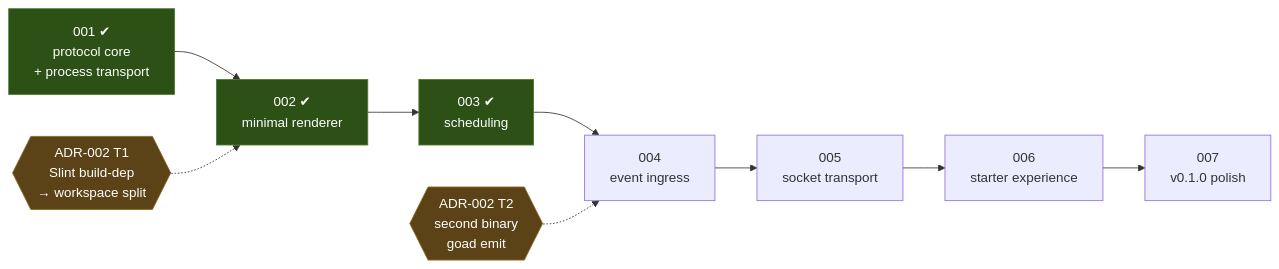
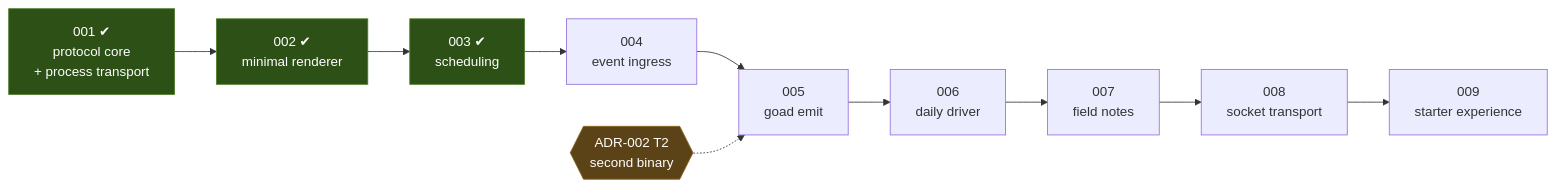
Before and after one commit to davidlee/goad: the diagram in docs/roadmap.md, drawn with Mermaid. The commit also changed other lines of this file and 9 other files, not shown here.

````diff
--- a/docs/roadmap.md
+++ b/docs/roadmap.md
@@ -33,22 +49,22 @@
 ```mermaid
 graph LR
   S1["001 ✔<br/>protocol core<br/>+ process transport"]
   S2["002 ✔<br/>minimal renderer"]
   S3["003 ✔<br/>scheduling"]
   S4["004<br/>event ingress"]
-  S5["005<br/>socket transport"]
-  S6["006<br/>starter experience"]
-  S7["007<br/>v0.1.0 polish"]
+  S5["005<br/>goad emit"]
+  S6["006<br/>daily driver"]
+  S7["007<br/>field notes"]
+  S8["008<br/>socket transport"]
+  S9["009<br/>starter experience"]
 
-  T1{{"ADR-002 T1<br/>Slint build-dep<br/>→ workspace split"}}
-  T2{{"ADR-002 T2<br/>second binary<br/>goad emit"}}
+  T2{{"ADR-002 T2<br/>second binary"}}
 
-  S1 --> S2 --> S3 --> S4 --> S5 --> S6 --> S7
-  T1 -.-> S2
-  T2 -.-> S4
+  S1 --> S2 --> S3 --> S4 --> S5 --> S6 --> S7 --> S8 --> S9
+  T2 -.-> S5
 
   classDef done fill:#2d5016,stroke:#4a7c26,color:#fff
   classDef trigger fill:#5c4317,stroke:#8a6620,color:#fff
   class S1,S2,S3 done
-  class T1,T2 trigger
+  class T2 trigger
 ```
````
